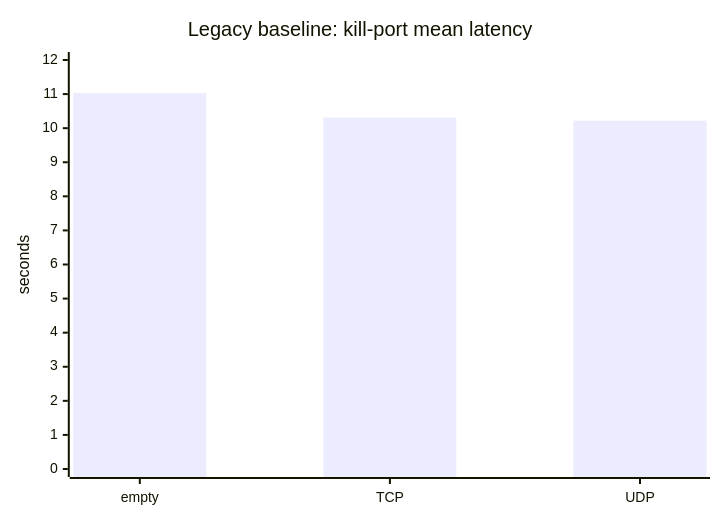
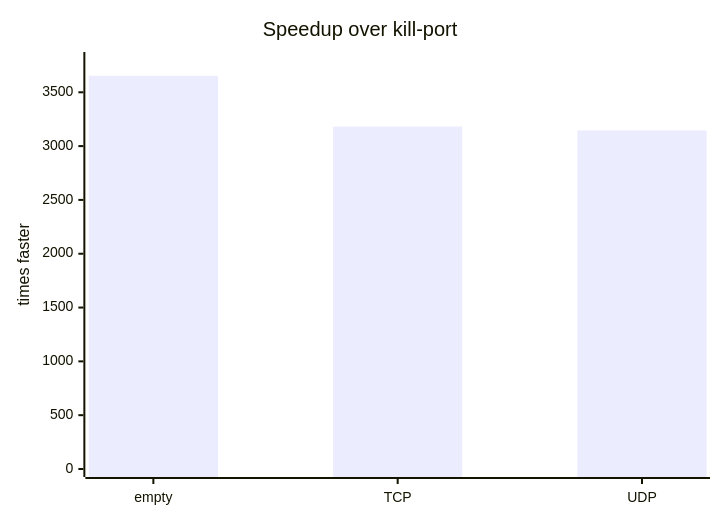
The first of 2 diagrams in README.md (ocodista/kill-port-now), drawn with Mermaid before and after one commit. The commit also changed other lines of this file and 2 other files, not shown here.

Commit message:
Refocus README on kill-port speedup

````diff
--- a/README.md
+++ b/README.md
@@ -46,7 +33,7 @@
 ```mermaid
 xychart-beta
-  title "Legacy baseline: kill-port mean latency"
+  title "Speedup over kill-port"
   x-axis ["empty", "TCP", "UDP"]
-  y-axis "seconds" 0 --> 12
-  bar [11.03, 10.31, 10.22]
+  y-axis "times faster" 0 --> 3800
+  bar [3653, 3182, 3145]
 ```
````
